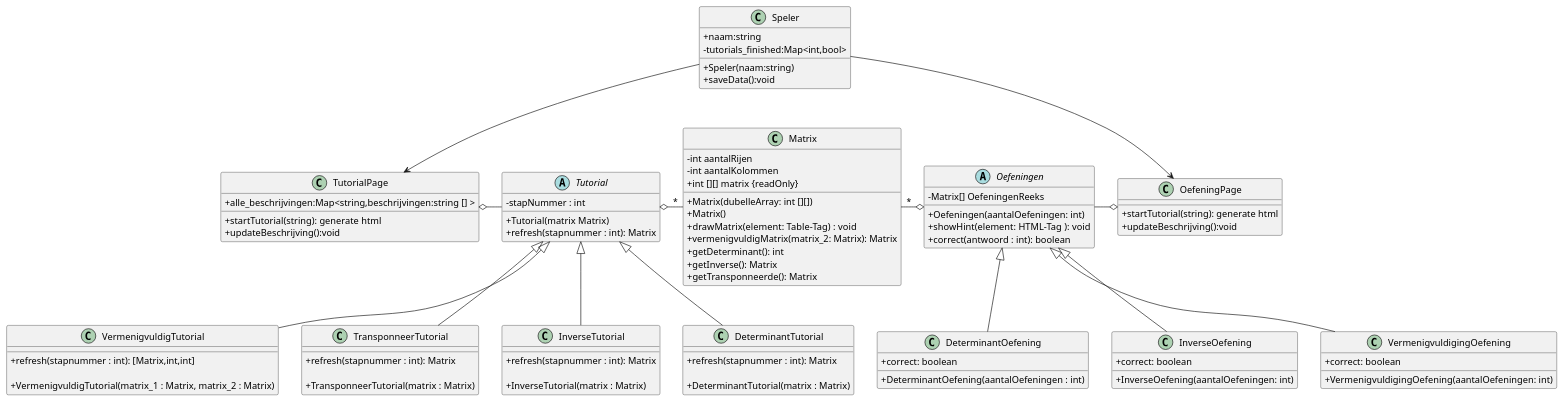
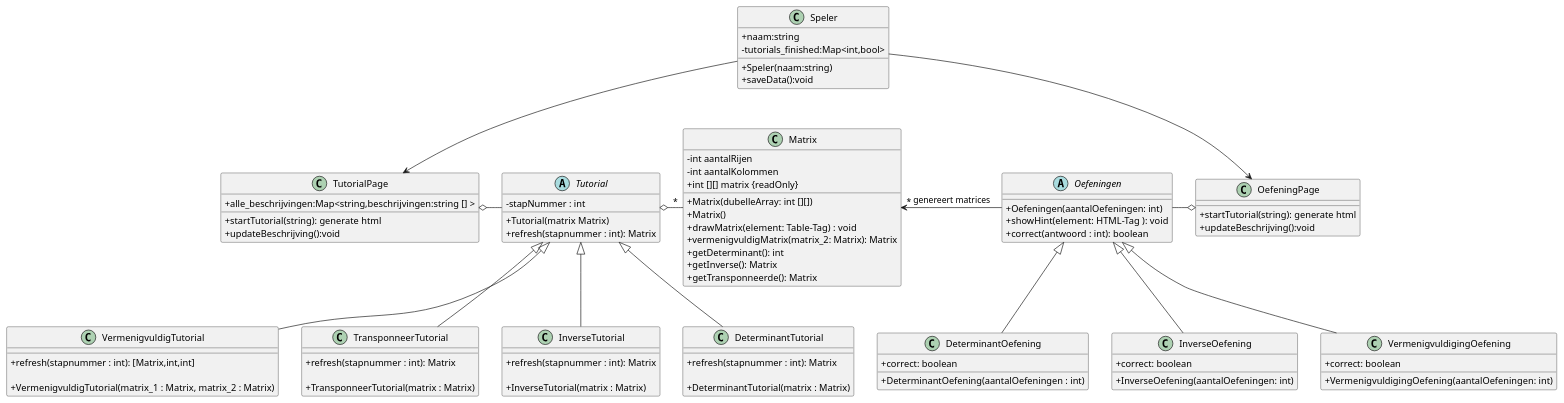
One commit to rtalwar2/WELCOME-TO-THE-MATRIX changed the diagram in Analyse/Klassendiagram.plantuml. Above: the diagram before and after it, drawn with PlantUML.

Commit message:
update klassendiagram

```diff
--- a/Analyse/Klassendiagram.plantuml
+++ b/Analyse/Klassendiagram.plantuml
@@ -4,117 +4,117 @@
 @startuml Matrix_Project
 skinparam ClassAttributeIconSize 0 
 
 
 Class Matrix{
 - int aantalRijen
 - int aantalKolommen 
 + int [][] matrix {readOnly}
 
 
 + Matrix(dubelleArray: int [][])
 + Matrix()
 + drawMatrix(element: Table-Tag) : void
 + vermenigvuldigMatrix(matrix_2: Matrix): Matrix
 + getDeterminant(): int
 + getInverse(): Matrix
 + getTransponneerde(): Matrix
 
 }
 class TutorialPage{
     + alle_beschrijvingen:Map<string,beschrijvingen:string [] >
     + startTutorial(string): generate html
     + updateBeschrijving():void
 
 }
 class OefeningPage{
     + startTutorial(string): generate html
     + updateBeschrijving():void
 }
 
 abstract Class Tutorial{
 - stapNummer : int
 + Tutorial(matrix Matrix)
 + refresh(stapnummer : int): Matrix
 
 } 
 
 
 Class VermenigvuldigTutorial{
 + refresh(stapnummer : int): [Matrix,int,int]
 
 + VermenigvuldigTutorial(matrix_1 : Matrix, matrix_2 : Matrix)
 
 }
 
 Class TransponneerTutorial{
 + refresh(stapnummer : int): Matrix
 
 + TransponneerTutorial(matrix : Matrix)
 }
 
 Class InverseTutorial{
     + refresh(stapnummer : int): Matrix
 
 + InverseTutorial(matrix : Matrix)
 }
 
 Class DeterminantTutorial{
     + refresh(stapnummer : int): Matrix
 
 + DeterminantTutorial(matrix : Matrix)
 }
 
 
 abstract Class Oefeningen{
-    - Matrix[] OefeningenReeks
+    ' - Matrix[] OefeningenReeks
 
 
     + Oefeningen(aantalOefeningen: int)    
     + showHint(element: HTML-Tag ): void
     + correct(antwoord : int): boolean
     
 }
 
 Class VermenigvuldigingOefening{
     +VermenigvuldigingOefening(aantalOefeningen: int)
     +correct: boolean
 }
 
 Class DeterminantOefening{
     +DeterminantOefening(aantalOefeningen : int)
     +correct: boolean 
 }
 Class InverseOefening{
     +InverseOefening(aantalOefeningen: int)
     +correct: boolean
 }
 class Speler{
     +naam:string
     +Speler(naam:string)
     -tutorials_finished:Map<int,bool>
     +saveData():void
 }
 
 
 
 Oefeningen <|-- VermenigvuldigingOefening
 Oefeningen <|-- DeterminantOefening
 Oefeningen <|-- InverseOefening
 
-Matrix "*" -o Oefeningen  
+Matrix "*" <- Oefeningen  :genereert matrices
 Tutorial o- "*" Matrix
 
 TutorialPage  o- Tutorial
 Oefeningen -o OefeningPage
 
 Tutorial <|-- VermenigvuldigTutorial
 Tutorial <|-- DeterminantTutorial
 Tutorial <|-- InverseTutorial
 Tutorial <|-- TransponneerTutorial
 
 Speler --> TutorialPage
 Speler --> OefeningPage
 
 
 
 @enduml
```
